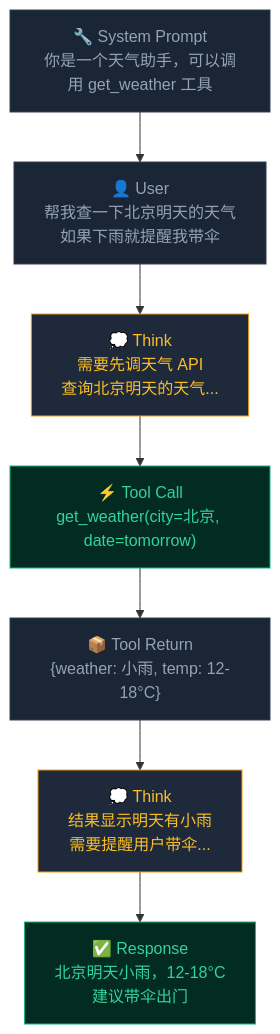
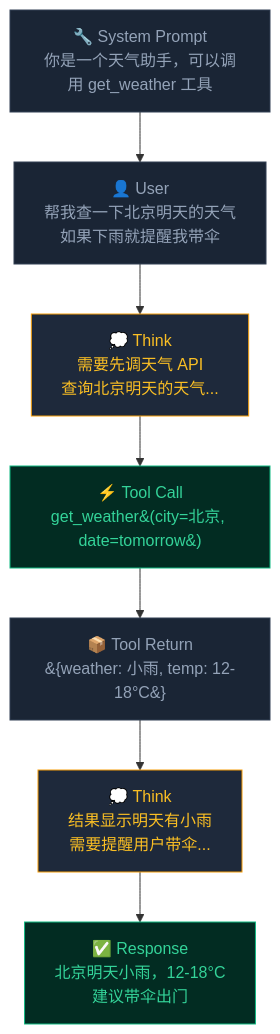
One commit to ranxi2001/zero2Agent changed the diagram in learn-agent-training/01-agent-sft/index.md. Above: the diagram before and after it, drawn with Mermaid. The commit also changed 23 other files, not shown here.

First line of the commit message:
fix: mermaid 渲染修复——div 转 code fence + rerenderMermaid 用 textContent

````diff
--- a/learn-agent-training/01-agent-sft/index.md
+++ b/learn-agent-training/01-agent-sft/index.md
@@ -24,17 +24,17 @@
-<div class="mermaid">
+```mermaid
 graph TD
     A["🔧 System Prompt<br/>你是一个天气助手，可以调用 get_weather 工具"] --> B["👤 User<br/>帮我查一下北京明天的天气<br/>如果下雨就提醒我带伞"]
     B --> C["💭 Think<br/>需要先调天气 API<br/>查询北京明天的天气..."]
     C --> D["⚡ Tool Call<br/>get_weather&#40;city=北京, date=tomorrow&#41;"]
     D --> E["📦 Tool Return<br/>&#123;weather: 小雨, temp: 12-18°C&#125;"]
     E --> F["💭 Think<br/>结果显示明天有小雨<br/>需要提醒用户带伞..."]
     F --> G["✅ Response<br/>北京明天小雨，12-18°C<br/>建议带伞出门"]
 
     style A fill:#1a2535,stroke:#334155,color:#94a3b8
     style B fill:#1a2535,stroke:#334155,color:#94a3b8
     style C fill:#1e293b,stroke:#f59e0b,color:#fbbf24
     style D fill:#022c22,stroke:#10b981,color:#34d399
     style E fill:#1a2535,stroke:#334155,color:#94a3b8
     style F fill:#1e293b,stroke:#f59e0b,color:#fbbf24
     style G fill:#022c22,stroke:#10b981,color:#34d399
-</div>
+```
````
